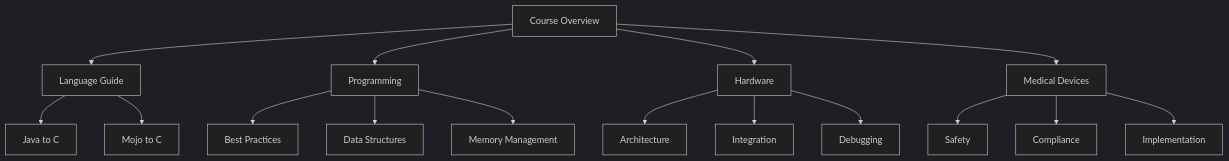
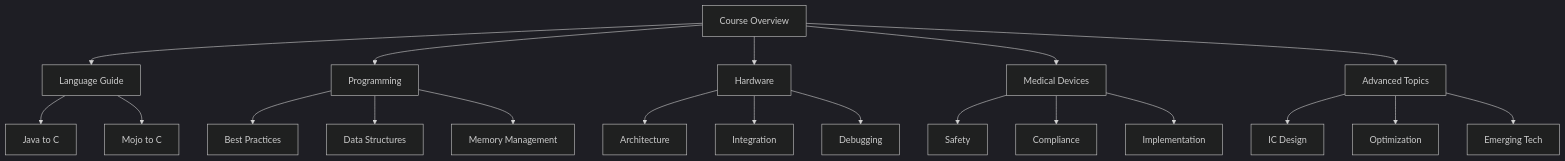
Before and after one commit to Surfer12/microarch_lab: the diagram in docs/index.md, drawn with Mermaid (dark theme). The commit also changed other lines of this file and 5 other files, not shown here.

````diff
--- a/docs/index.md
+++ b/docs/index.md
@@ -5,22 +5,27 @@
 ```mermaid
 graph TD
     A[Course Overview] --> B[Language Guide]
     A --> C[Programming]
     A --> D[Hardware]
     A --> E[Medical Devices]
+    A --> F[Advanced Topics]
     
-    B --> F[Java to C]
-    B --> G[Mojo to C]
+    B --> G[Java to C]
+    B --> H[Mojo to C]
     
-    C --> H[Best Practices]
-    C --> I[Data Structures]
-    C --> J[Memory Management]
+    C --> I[Best Practices]
+    C --> J[Data Structures]
+    C --> K[Memory Management]
     
-    D --> K[Architecture]
-    D --> L[Integration]
-    D --> M[Debugging]
+    D --> L[Architecture]
+    D --> M[Integration]
+    D --> N[Debugging]
     
-    E --> N[Safety]
-    E --> O[Compliance]
-    E --> P[Implementation]
+    E --> O[Safety]
+    E --> P[Compliance]
+    E --> Q[Implementation]
+    
+    F --> R[IC Design]
+    F --> S[Optimization]
+    F --> T[Emerging Tech]
 ```
````
